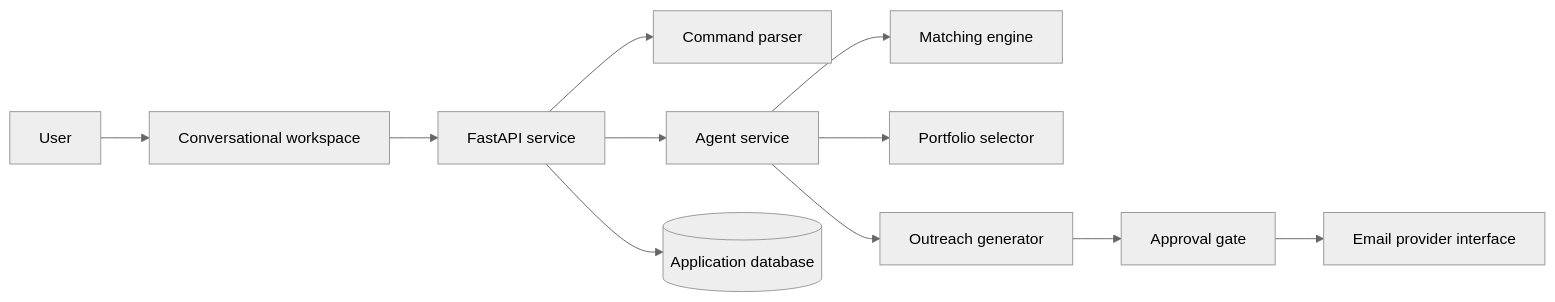
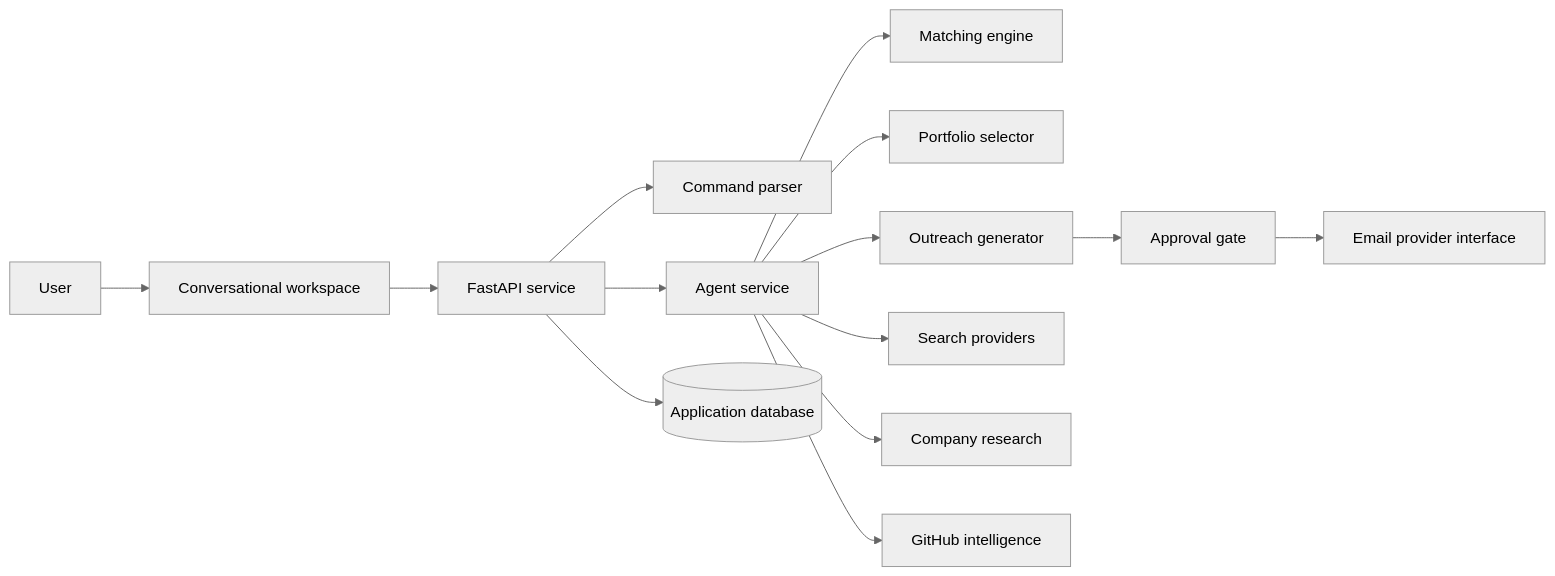
The diagram in README.md (MuhammadAnas-015/applypilot-ai-showcase), drawn with Mermaid (neutral theme) before and after one commit. The commit also changed other lines of this file, not shown here.

````diff
--- a/README.md
+++ b/README.md
@@ -75,13 +91,16 @@
 ```mermaid
 flowchart LR
     U[User] --> UI[Conversational workspace]
     UI --> API[FastAPI service]
     API --> CP[Command parser]
     API --> AS[Agent service]
     AS --> MS[Matching engine]
     AS --> PS[Portfolio selector]
     AS --> OG[Outreach generator]
     OG --> AG[Approval gate]
     AG --> EP[Email provider interface]
+    AS --> SP[Search providers]
+    AS --> CR[Company research]
+    AS --> GI[GitHub intelligence]
     API --> DB[(Application database)]
 ```
````
